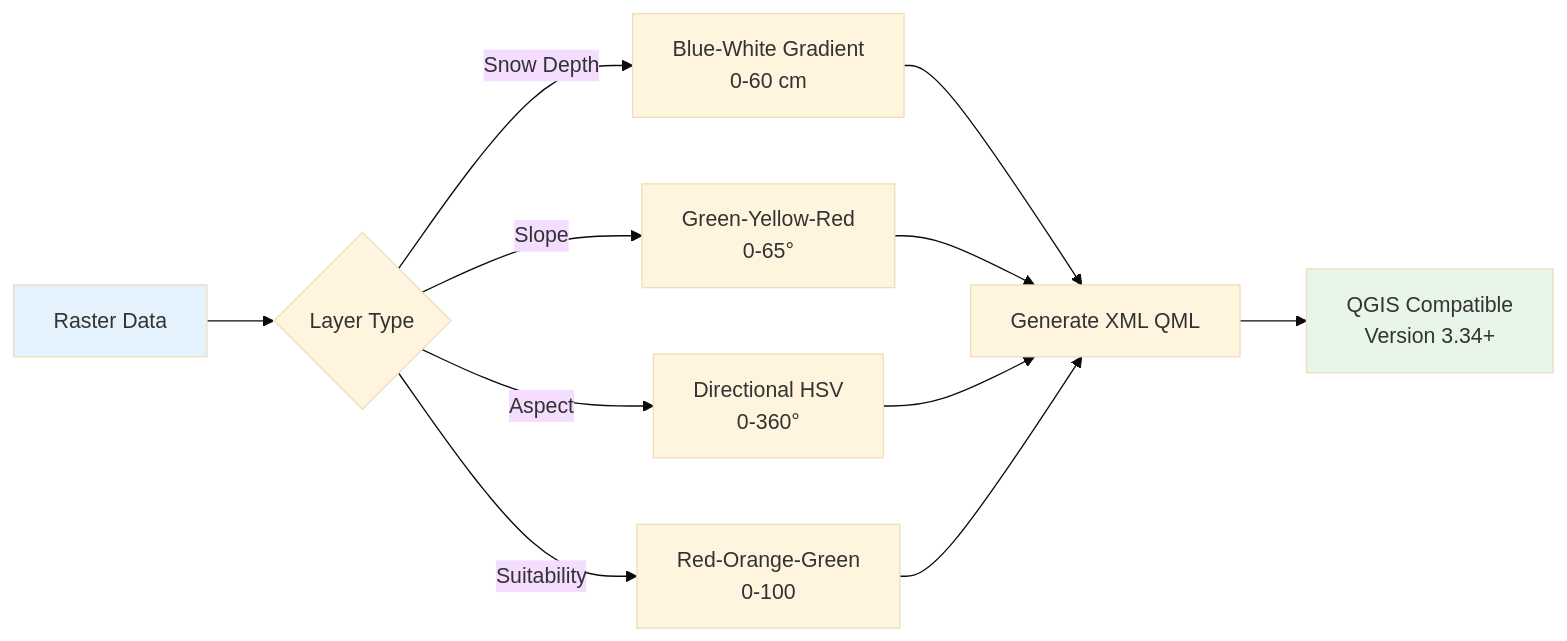
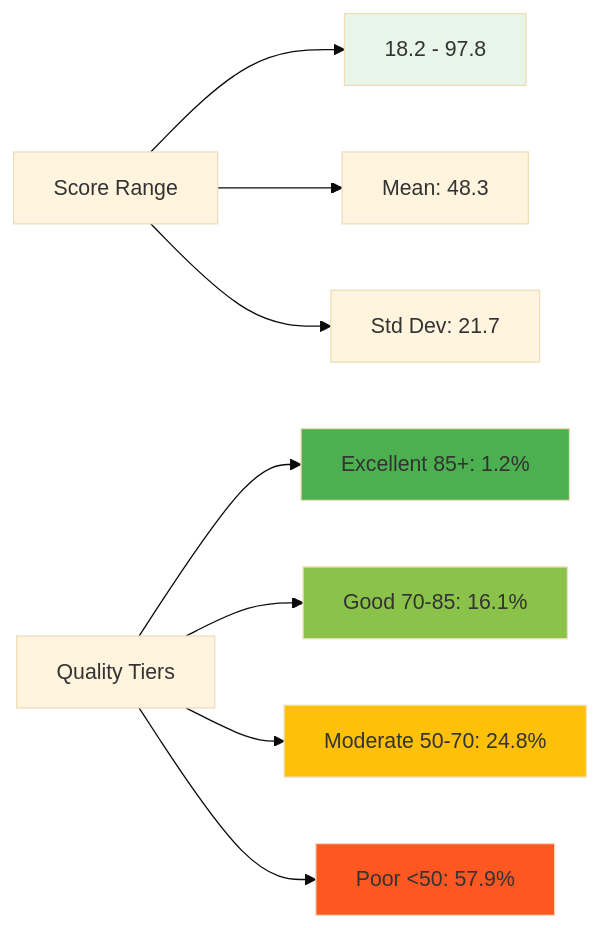
Before and after one commit to AmroEid77/GeoCodex: the sixth of 7 diagrams in skiing_resort_analysis/README.md, drawn with Mermaid (base theme). The commit also changed other lines of this file, not shown here.

````diff
--- a/skiing_resort_analysis/README.md
+++ b/skiing_resort_analysis/README.md
@@ -917,18 +468,17 @@
 ```mermaid
 graph LR
-    A[Raster Data] --> B{Layer Type}
-    B -->|Snow Depth| C[Blue-White Gradient<br/>0-60 cm]
-    B -->|Slope| D[Green-Yellow-Red<br/>0-65°]
-    B -->|Aspect| E[Directional HSV<br/>0-360°]
-    B -->|Suitability| F[Red-Orange-Green<br/>0-100]
+    A[Score Range] --> B[18.2 - 97.8]
+    A --> C[Mean: 48.3]
+    A --> D[Std Dev: 21.7]
     
-    C --> G[Generate XML QML]
-    D --> G
-    E --> G
-    F --> G
+    E[Quality Tiers] --> F[Excellent 85+: 1.2%]
+    E --> G[Good 70-85: 16.1%]
+    E --> H[Moderate 50-70: 24.8%]
+    E --> I[Poor <50: 57.9%]
     
-    G --> H[QGIS Compatible<br/>Version 3.34+]
-    
-    style A fill:#e3f2fd
-    style H fill:#e8f5e9
+    style B fill:#e8f5e9
+    style F fill:#4caf50
+    style G fill:#8bc34a
+    style H fill:#ffc107
+    style I fill:#ff5722
 ```
````
